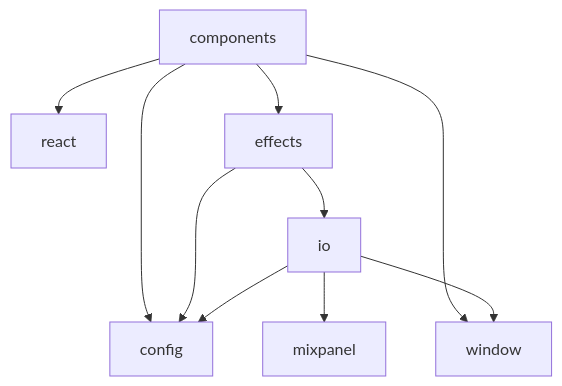
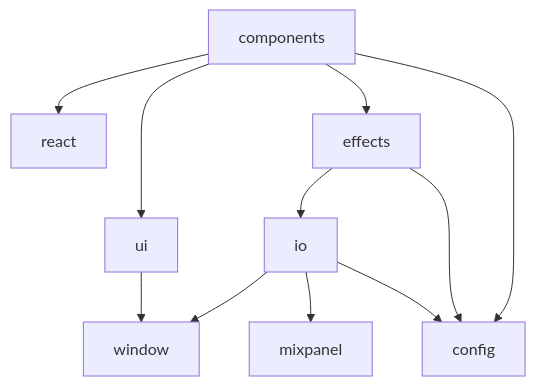
One commit to mattriley/charlie-gaffer changed the diagram in README.md. Above: the diagram before and after it, drawn with Mermaid. The commit also changed other lines of this file and 5 other files, not shown here.

````diff
--- a/README.md
+++ b/README.md
@@ -25,12 +25,13 @@
 ```mermaid
 graph TD;
     components-->react;
+    components-->ui;
     components-->effects;
     components-->config;
-    components-->window;
     effects-->io;
     effects-->config;
     io-->config;
     io-->mixpanel;
     io-->window;
+    ui-->window;
 ```
````
